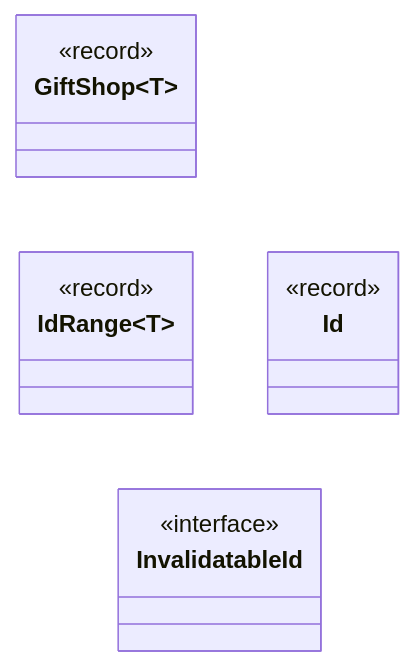
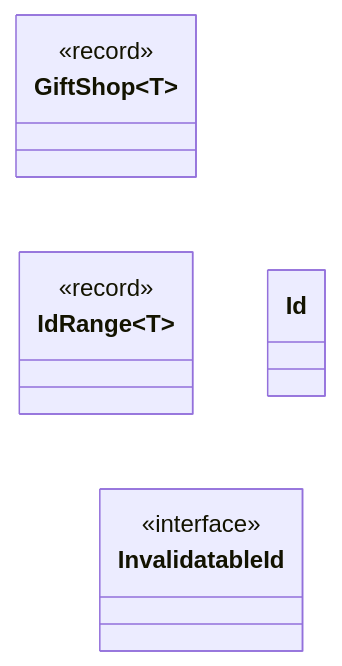
One commit to lauraheerrera/aoc2025 changed the diagram in UML diagrams/uml_day02.md. Above: the diagram before and after it, drawn with Mermaid. The commit also changed 91 other files, not shown here.

````diff
--- a/UML diagrams/uml_day02.md
+++ b/UML diagrams/uml_day02.md
@@ -3,20 +3,19 @@
 ```mermaid
 %%{init: { 'themeVariables': { 'lineColor': '#FFFFFF' } } }%%
 classDiagram
     direction TB
     class GiftShop~T~ {
         <<record>>
     }
     class IdRange~T~ {
         <<record>>
     }
     class InvalidatableId {
         <<interface>>
     }
     class Id {
-        <<record>>
     }
     GiftShop --> IdRange
     IdRange --> InvalidatableId
     Id ..|> InvalidatableId
 ```
````
